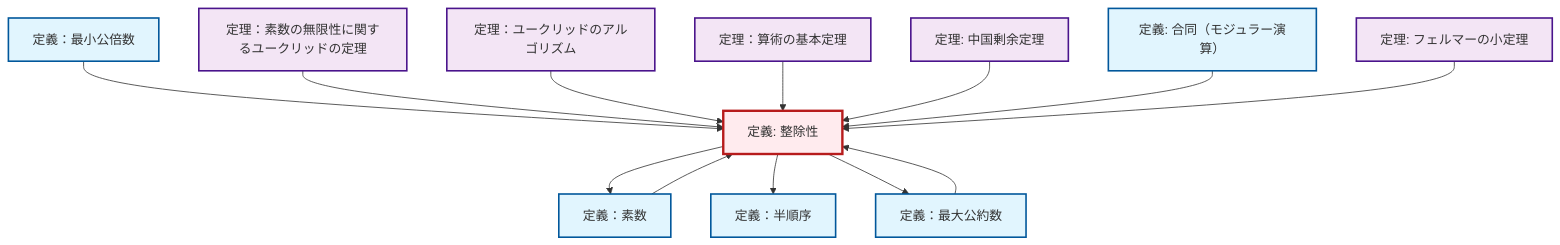
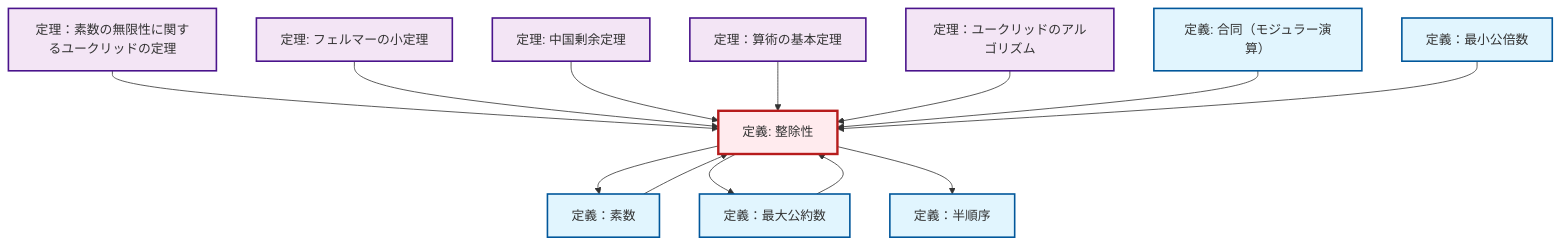
One commit to RK0429/ModernMath changed the diagram in content/ja/number-theory/def-divisibility.qmd. Above: the diagram before and after it, drawn with Mermaid. The commit also changed other lines of this file and 328 other files, not shown here.

````diff
--- a/content/ja/number-theory/def-divisibility.qmd
+++ b/content/ja/number-theory/def-divisibility.qmd
@@ -98,43 +98,43 @@
 ```{mermaid}
 %%| fig-cap: "ローカル依存関係グラフ"
 graph TD
     classDef definition fill:#e1f5fe,stroke:#01579b,stroke-width:2px
     classDef theorem fill:#f3e5f5,stroke:#4a148c,stroke-width:2px
     classDef axiom fill:#fff3e0,stroke:#e65100,stroke-width:2px
     classDef example fill:#e8f5e9,stroke:#1b5e20,stroke-width:2px
     classDef current fill:#ffebee,stroke:#b71c1c,stroke-width:3px
+    thm-fundamental-arithmetic["定理：算術の基本定理"]:::theorem
+    thm-chinese-remainder["定理: 中国剰余定理"]:::theorem
+    def-lcm["定義：最小公倍数"]:::definition
+    def-partial-order["定義：半順序"]:::definition
+    thm-fermat-little["定理: フェルマーの小定理"]:::theorem
     thm-euclidean-algorithm["定理：ユークリッドのアルゴリズム"]:::theorem
-    def-lcm["定義：最小公倍数"]:::definition
-    thm-fermat-little["定理: フェルマーの小定理"]:::theorem
-    thm-fundamental-arithmetic["定理：算術の基本定理"]:::theorem
-    def-partial-order["定義：半順序"]:::definition
+    def-divisibility["定義: 整除性"]:::definition
+    def-congruence["定義: 合同（モジュラー演算）"]:::definition
+    def-gcd["定義：最大公約数"]:::definition
     thm-euclid-infinitude-primes["定理：素数の無限性に関するユークリッドの定理"]:::theorem
-    def-congruence["定義: 合同（モジュラー演算）"]:::definition
     def-prime["定義：素数"]:::definition
-    def-gcd["定義：最大公約数"]:::definition
-    thm-chinese-remainder["定理: 中国剰余定理"]:::theorem
-    def-divisibility["定義: 整除性"]:::definition
+    def-divisibility --> def-prime
+    def-divisibility --> def-gcd
+    thm-euclid-infinitude-primes --> def-divisibility
+    thm-fermat-little --> def-divisibility
+    thm-chinese-remainder --> def-divisibility
+    thm-fundamental-arithmetic --> def-divisibility
+    thm-euclidean-algorithm --> def-divisibility
+    def-congruence --> def-divisibility
+    def-prime --> def-divisibility
+    def-gcd --> def-divisibility
     def-lcm --> def-divisibility
-    thm-euclid-infinitude-primes --> def-divisibility
-    def-divisibility --> def-prime
-    thm-euclidean-algorithm --> def-divisibility
-    def-prime --> def-divisibility
     def-divisibility --> def-partial-order
-    thm-fundamental-arithmetic --> def-divisibility
-    thm-chinese-remainder --> def-divisibility
-    def-congruence --> def-divisibility
-    def-divisibility --> def-gcd
-    thm-fermat-little --> def-divisibility
-    def-gcd --> def-divisibility
     class def-divisibility current
+    click thm-fundamental-arithmetic "thm-fundamental-arithmetic.html" "定理：算術の基本定理へ"
+    click thm-chinese-remainder "thm-chinese-remainder.html" "中国剰余定理の定理へ"
+    click def-lcm "def-lcm.html" "定義：最小公倍数へ"
+    click def-partial-order "def-partial-order.html" "定義：半順序へ"
+    click thm-fermat-little "thm-fermat-little.html" "フェルマーの小定理の定理へ"
     click thm-euclidean-algorithm "thm-euclidean-algorithm.html" "定理：ユークリッドのアルゴリズムへ"
-    click def-lcm "def-lcm.html" "定義：最小公倍数へ"
-    click thm-fermat-little "thm-fermat-little.html" "フェルマーの小定理の定理へ"
-    click thm-fundamental-arithmetic "thm-fundamental-arithmetic.html" "定理：算術の基本定理へ"
-    click def-partial-order "def-partial-order.html" "定義：半順序へ"
+    click def-congruence "def-congruence.html" "合同（モジュラー演算）の定義へ"
+    click def-gcd "def-gcd.html" "定義：最大公約数へ"
     click thm-euclid-infinitude-primes "thm-euclid-infinitude-primes.html" "定理：素数の無限性に関するユークリッドの定理へ"
-    click def-congruence "def-congruence.html" "合同（モジュラー演算）の定義へ"
     click def-prime "def-prime.html" "定義：素数へ"
-    click def-gcd "def-gcd.html" "定義：最大公約数へ"
-    click thm-chinese-remainder "thm-chinese-remainder.html" "中国剰余定理の定理へ"
 ```
````
